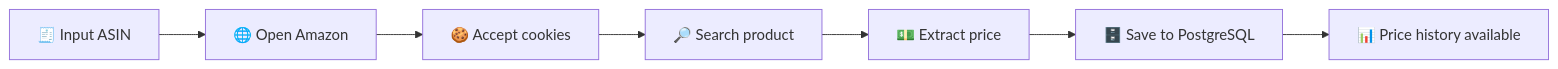
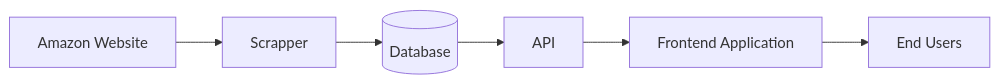
Before and after one commit to Enriquecava/Scoopy: the diagram in README.md, drawn with Mermaid. The commit also changed other lines of this file and 1 other file, not shown here.

````diff
--- a/README.md
+++ b/README.md
@@ -18,9 +40,8 @@
 ```mermaid
 flowchart LR
-    A[🧾 Input ASIN] --> B[🌐 Open Amazon]
-    B --> C[🍪 Accept cookies]
-    C --> D[🔎 Search product]
-    D --> E[💵 Extract price]
-    E --> F[🗄️ Save to PostgreSQL]
-    F --> G[📊 Price history available]
+    A[Amazon Website] --> B[Scrapper]
+    B --> C[(Database)]
+    C --> D[API]
+    D --> E[Frontend Application]
+    E --> F[End Users]
 ```
````
